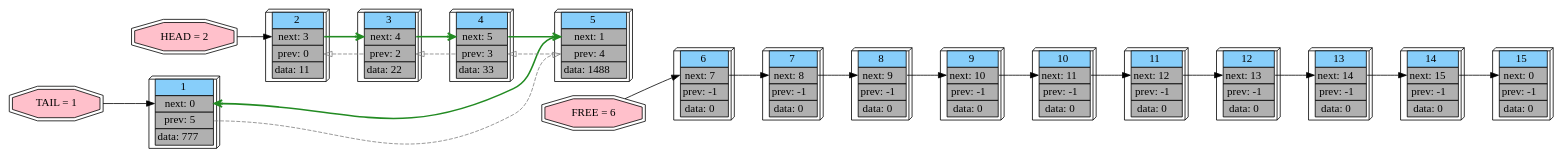
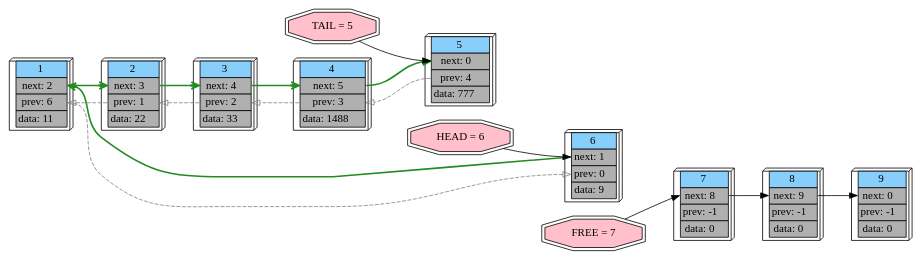
One commit to Varnike/list changed the diagram in dump/dump.dot. Above: the diagram before and after it, drawn with Graphviz. The commit also changed 14 other files, not shown here.

```diff
--- a/dump/dump.dot
+++ b/dump/dump.dot
@@ -1,175 +1,110 @@
 digraph dump_graph {
 	rankdir=LR; 
 	struct1 [shape=box3d
 					label=
 	<
 	<table border="0" cellspacing="0">
 						<tr><td PORT="port0" border="1"  bgcolor="lightskyblue">1</td></tr>
-						<tr><td PORT="port1" border="1" bgcolor="grey69">next: 0</td></tr>
-						<tr><td PORT="port2" border="1" bgcolor="grey69">prev: 5</td></tr>
-						<tr><td PORT="port3" border="1" bgcolor="grey69">data: 777</td></tr>
+						<tr><td PORT="port1" border="1" bgcolor="grey69">next: 2</td></tr>
+						<tr><td PORT="port2" border="1" bgcolor="grey69">prev: 6</td></tr>
+						<tr><td PORT="port3" border="1" bgcolor="grey69">data: 11</td></tr>
 					</table>>];
 	struct1:port0 -> struct2:port0[style=invis];
 	struct2 [shape=box3d
 					label=
 	<
 	<table border="0" cellspacing="0">
 						<tr><td PORT="port0" border="1"  bgcolor="lightskyblue">2</td></tr>
 						<tr><td PORT="port1" border="1" bgcolor="grey69">next: 3</td></tr>
-						<tr><td PORT="port2" border="1" bgcolor="grey69">prev: 0</td></tr>
-						<tr><td PORT="port3" border="1" bgcolor="grey69">data: 11</td></tr>
+						<tr><td PORT="port2" border="1" bgcolor="grey69">prev: 1</td></tr>
+						<tr><td PORT="port3" border="1" bgcolor="grey69">data: 22</td></tr>
 					</table>>];
 	struct2:port0 -> struct3:port0[style=invis];
 	struct3 [shape=box3d
 					label=
 	<
 	<table border="0" cellspacing="0">
 						<tr><td PORT="port0" border="1"  bgcolor="lightskyblue">3</td></tr>
 						<tr><td PORT="port1" border="1" bgcolor="grey69">next: 4</td></tr>
 						<tr><td PORT="port2" border="1" bgcolor="grey69">prev: 2</td></tr>
-						<tr><td PORT="port3" border="1" bgcolor="grey69">data: 22</td></tr>
+						<tr><td PORT="port3" border="1" bgcolor="grey69">data: 33</td></tr>
 					</table>>];
 	struct3:port0 -> struct4:port0[style=invis];
 	struct4 [shape=box3d
 					label=
 	<
 	<table border="0" cellspacing="0">
 						<tr><td PORT="port0" border="1"  bgcolor="lightskyblue">4</td></tr>
 						<tr><td PORT="port1" border="1" bgcolor="grey69">next: 5</td></tr>
 						<tr><td PORT="port2" border="1" bgcolor="grey69">prev: 3</td></tr>
-						<tr><td PORT="port3" border="1" bgcolor="grey69">data: 33</td></tr>
+						<tr><td PORT="port3" border="1" bgcolor="grey69">data: 1488</td></tr>
 					</table>>];
 	struct4:port0 -> struct5:port0[style=invis];
 	struct5 [shape=box3d
 					label=
 	<
 	<table border="0" cellspacing="0">
 						<tr><td PORT="port0" border="1"  bgcolor="lightskyblue">5</td></tr>
-						<tr><td PORT="port1" border="1" bgcolor="grey69">next: 1</td></tr>
+						<tr><td PORT="port1" border="1" bgcolor="grey69">next: 0</td></tr>
 						<tr><td PORT="port2" border="1" bgcolor="grey69">prev: 4</td></tr>
-						<tr><td PORT="port3" border="1" bgcolor="grey69">data: 1488</td></tr>
+						<tr><td PORT="port3" border="1" bgcolor="grey69">data: 777</td></tr>
 					</table>>];
 	struct5:port0 -> struct6:port0[style=invis];
 	struct6 [shape=box3d
 					label=
 	<
 	<table border="0" cellspacing="0">
 						<tr><td PORT="port0" border="1"  bgcolor="lightskyblue">6</td></tr>
-						<tr><td PORT="port1" border="1" bgcolor="grey69">next: 7</td></tr>
-						<tr><td PORT="port2" border="1" bgcolor="grey69">prev: -1</td></tr>
-						<tr><td PORT="port3" border="1" bgcolor="grey69">data: 0</td></tr>
+						<tr><td PORT="port1" border="1" bgcolor="grey69">next: 1</td></tr>
+						<tr><td PORT="port2" border="1" bgcolor="grey69">prev: 0</td></tr>
+						<tr><td PORT="port3" border="1" bgcolor="grey69">data: 9</td></tr>
 					</table>>];
 	struct6:port0 -> struct7:port0[style=invis];
 	struct7 [shape=box3d
 					label=
 	<
 	<table border="0" cellspacing="0">
 						<tr><td PORT="port0" border="1"  bgcolor="lightskyblue">7</td></tr>
 						<tr><td PORT="port1" border="1" bgcolor="grey69">next: 8</td></tr>
 						<tr><td PORT="port2" border="1" bgcolor="grey69">prev: -1</td></tr>
 						<tr><td PORT="port3" border="1" bgcolor="grey69">data: 0</td></tr>
 					</table>>];
 	struct7:port0 -> struct8:port0[style=invis];
 	struct8 [shape=box3d
 					label=
 	<
 	<table border="0" cellspacing="0">
 						<tr><td PORT="port0" border="1"  bgcolor="lightskyblue">8</td></tr>
 						<tr><td PORT="port1" border="1" bgcolor="grey69">next: 9</td></tr>
 						<tr><td PORT="port2" border="1" bgcolor="grey69">prev: -1</td></tr>
 						<tr><td PORT="port3" border="1" bgcolor="grey69">data: 0</td></tr>
 					</table>>];
 	struct8:port0 -> struct9:port0[style=invis];
 	struct9 [shape=box3d
 					label=
 	<
 	<table border="0" cellspacing="0">
 						<tr><td PORT="port0" border="1"  bgcolor="lightskyblue">9</td></tr>
-						<tr><td PORT="port1" border="1" bgcolor="grey69">next: 10</td></tr>
-						<tr><td PORT="port2" border="1" bgcolor="grey69">prev: -1</td></tr>
-						<tr><td PORT="port3" border="1" bgcolor="grey69">data: 0</td></tr>
-					</table>>];
-	struct9:port0 -> struct10:port0[style=invis];
-	struct10 [shape=box3d
-					label=
-	<
-	<table border="0" cellspacing="0">
-						<tr><td PORT="port0" border="1"  bgcolor="lightskyblue">10</td></tr>
-						<tr><td PORT="port1" border="1" bgcolor="grey69">next: 11</td></tr>
-						<tr><td PORT="port2" border="1" bgcolor="grey69">prev: -1</td></tr>
-						<tr><td PORT="port3" border="1" bgcolor="grey69">data: 0</td></tr>
-					</table>>];
-	struct10:port0 -> struct11:port0[style=invis];
-	struct11 [shape=box3d
-					label=
-	<
-	<table border="0" cellspacing="0">
-						<tr><td PORT="port0" border="1"  bgcolor="lightskyblue">11</td></tr>
-						<tr><td PORT="port1" border="1" bgcolor="grey69">next: 12</td></tr>
-						<tr><td PORT="port2" border="1" bgcolor="grey69">prev: -1</td></tr>
-						<tr><td PORT="port3" border="1" bgcolor="grey69">data: 0</td></tr>
-					</table>>];
-	struct11:port0 -> struct12:port0[style=invis];
-	struct12 [shape=box3d
-					label=
-	<
-	<table border="0" cellspacing="0">
-						<tr><td PORT="port0" border="1"  bgcolor="lightskyblue">12</td></tr>
-						<tr><td PORT="port1" border="1" bgcolor="grey69">next: 13</td></tr>
-						<tr><td PORT="port2" border="1" bgcolor="grey69">prev: -1</td></tr>
-						<tr><td PORT="port3" border="1" bgcolor="grey69">data: 0</td></tr>
-					</table>>];
-	struct12:port0 -> struct13:port0[style=invis];
-	struct13 [shape=box3d
-					label=
-	<
-	<table border="0" cellspacing="0">
-						<tr><td PORT="port0" border="1"  bgcolor="lightskyblue">13</td></tr>
-						<tr><td PORT="port1" border="1" bgcolor="grey69">next: 14</td></tr>
-						<tr><td PORT="port2" border="1" bgcolor="grey69">prev: -1</td></tr>
-						<tr><td PORT="port3" border="1" bgcolor="grey69">data: 0</td></tr>
-					</table>>];
-	struct13:port0 -> struct14:port0[style=invis];
-	struct14 [shape=box3d
-					label=
-	<
-	<table border="0" cellspacing="0">
-						<tr><td PORT="port0" border="1"  bgcolor="lightskyblue">14</td></tr>
-						<tr><td PORT="port1" border="1" bgcolor="grey69">next: 15</td></tr>
-						<tr><td PORT="port2" border="1" bgcolor="grey69">prev: -1</td></tr>
-						<tr><td PORT="port3" border="1" bgcolor="grey69">data: 0</td></tr>
-					</table>>];
-	struct14:port0 -> struct15:port0[style=invis];
-	struct15 [shape=box3d
-					label=
-	<
-	<table border="0" cellspacing="0">
-						<tr><td PORT="port0" border="1"  bgcolor="lightskyblue">15</td></tr>
 						<tr><td PORT="port1" border="1" bgcolor="grey69">next: 0</td></tr>
 						<tr><td PORT="port2" border="1" bgcolor="grey69">prev: -1</td></tr>
 						<tr><td PORT="port3" border="1" bgcolor="grey69">data: 0</td></tr>
 					</table>>];
+	struct6:port1 -> struct1:port1[style=bold, arrowhead=vee,					color=forestgreen];
+	struct1:port1 -> struct2:port1[style=bold, arrowhead=vee,					color=forestgreen];
+	struct1:port2 -> struct6:port2[style=dashed, arrowhead=onormal,					color=grey];
 	struct2:port1 -> struct3:port1[style=bold, arrowhead=vee,					color=forestgreen];
+	struct2:port2 -> struct1:port2[style=dashed, arrowhead=onormal,					color=grey];
 	struct3:port1 -> struct4:port1[style=bold, arrowhead=vee,					color=forestgreen];
 	struct3:port2 -> struct2:port2[style=dashed, arrowhead=onormal,					color=grey];
 	struct4:port1 -> struct5:port1[style=bold, arrowhead=vee,					color=forestgreen];
 	struct4:port2 -> struct3:port2[style=dashed, arrowhead=onormal,					color=grey];
-	struct5:port1 -> struct1:port1[style=bold, arrowhead=vee,					color=forestgreen];
 	struct5:port2 -> struct4:port2[style=dashed, arrowhead=onormal,					color=grey];
-	struct1:port2 -> struct5:port2[style=dashed, arrowhead=onormal,					color=grey];
-	struct6:port1 -> struct7:port1;
 	struct7:port1 -> struct8:port1;
 	struct8:port1 -> struct9:port1;
-	struct9:port1 -> struct10:port1;
-	struct10:port1 -> struct11:port1;
-	struct11:port1 -> struct12:port1;
-	struct12:port1 -> struct13:port1;
-	struct13:port1 -> struct14:port1;
-	struct14:port1 -> struct15:port1;
-	free[fillcolor="pink",style=filled, shape=doubleoctagon, label="FREE = 6"];
-	free -> struct6:port1;
-	head[fillcolor="pink", style=filled, shape=doubleoctagon, label="HEAD = 2"];
-	head -> struct2:port1;
-	tail[fillcolor="pink", style=filled, shape=doubleoctagon, label="TAIL = 1"];
-	tail -> struct1:port1;
+	free[fillcolor="pink",style=filled, shape=doubleoctagon, label="FREE = 7"];
+	free -> struct7:port1;
+	head[fillcolor="pink", style=filled, shape=doubleoctagon, label="HEAD = 6"];
+	head -> struct6:port1;
+	tail[fillcolor="pink", style=filled, shape=doubleoctagon, label="TAIL = 5"];
+	tail -> struct5:port1;
 }
```
